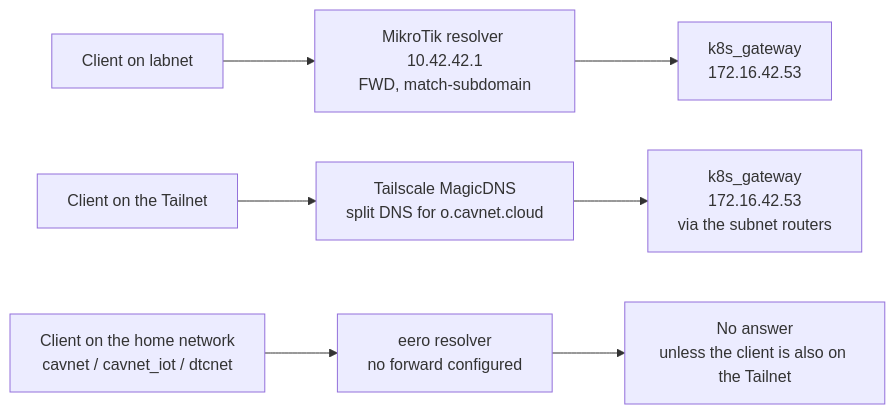
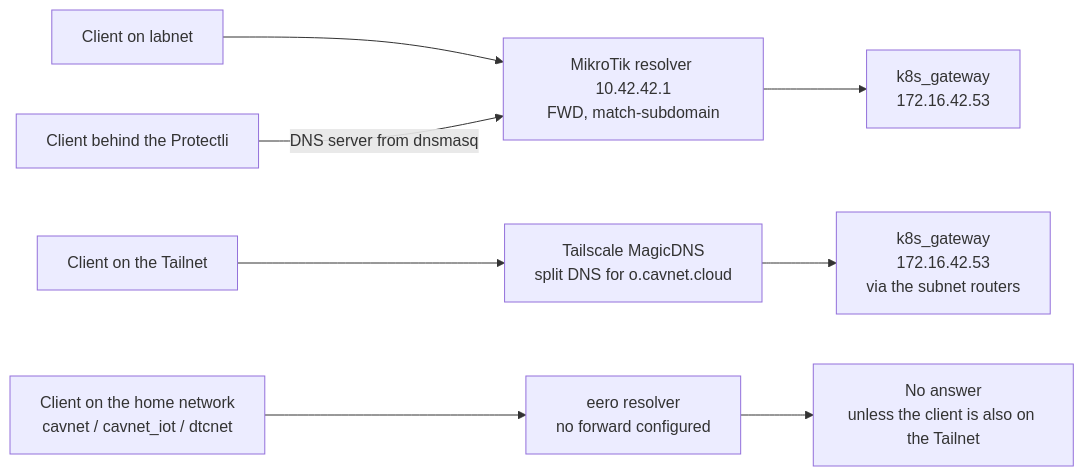
One commit to dancavallaro/homelab changed the fifth of 6 diagrams in docs/network.md. Above: the diagram before and after it, drawn with Mermaid. The commit also changed other lines of this file and 18 other files, not shown here.

````diff
--- a/docs/network.md
+++ b/docs/network.md
@@ -187,6 +318,7 @@
 ```mermaid
 flowchart LR
     c1["Client on labnet"] --> r1["MikroTik resolver 10.42.42.1<br>FWD, match-subdomain"] --> k1["k8s_gateway<br>172.16.42.53"]
     c2["Client on the Tailnet"] --> r2["Tailscale MagicDNS<br>split DNS for o.cavnet.cloud"] --> k2["k8s_gateway<br>172.16.42.53<br>via the subnet routers"]
     c3["Client on the home network<br>cavnet / cavnet_iot / dtcnet"] --> r3["eero resolver<br>no forward configured"] --> x3["No answer<br>unless the client is also on the Tailnet"]
+    c4["Client behind the Protectli"] -->|"DNS server from dnsmasq"| r1
 ```
````
